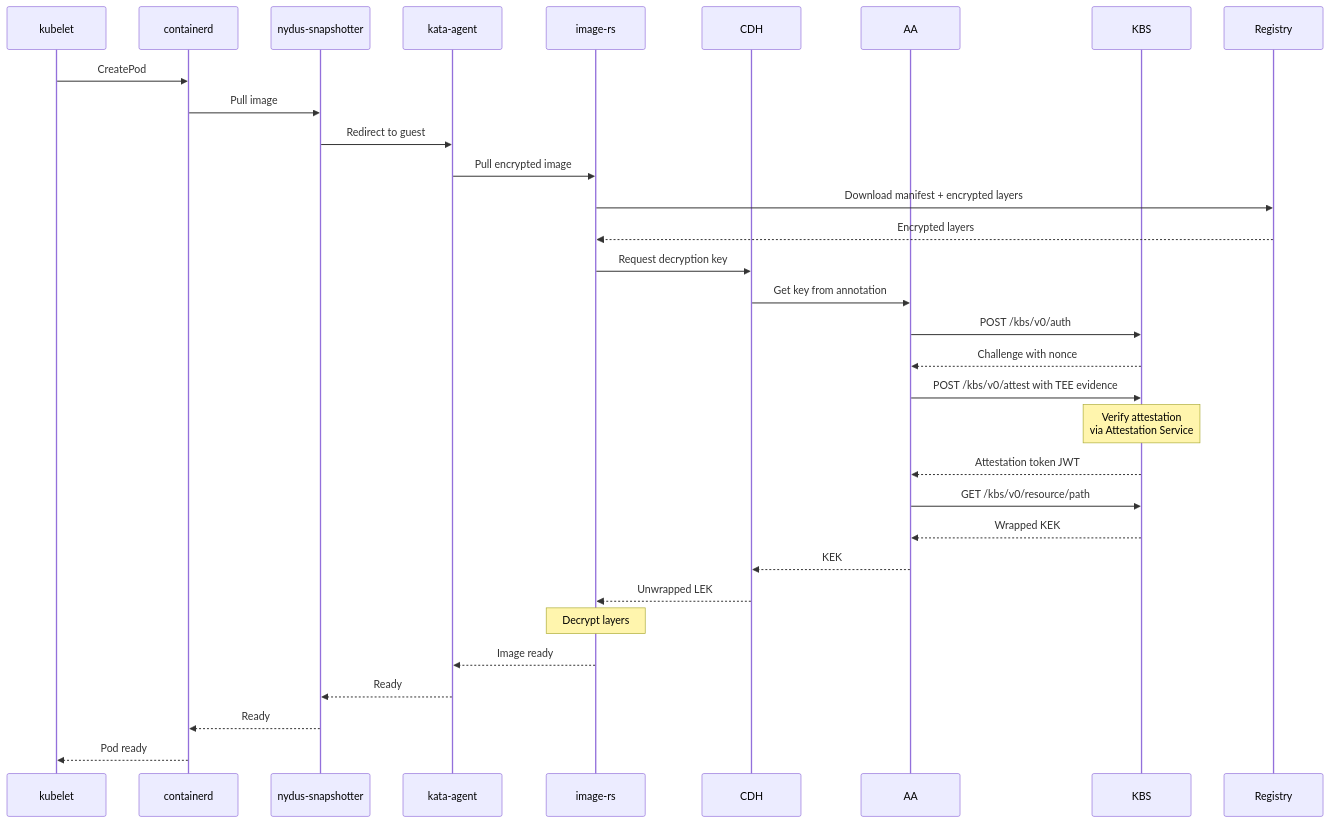
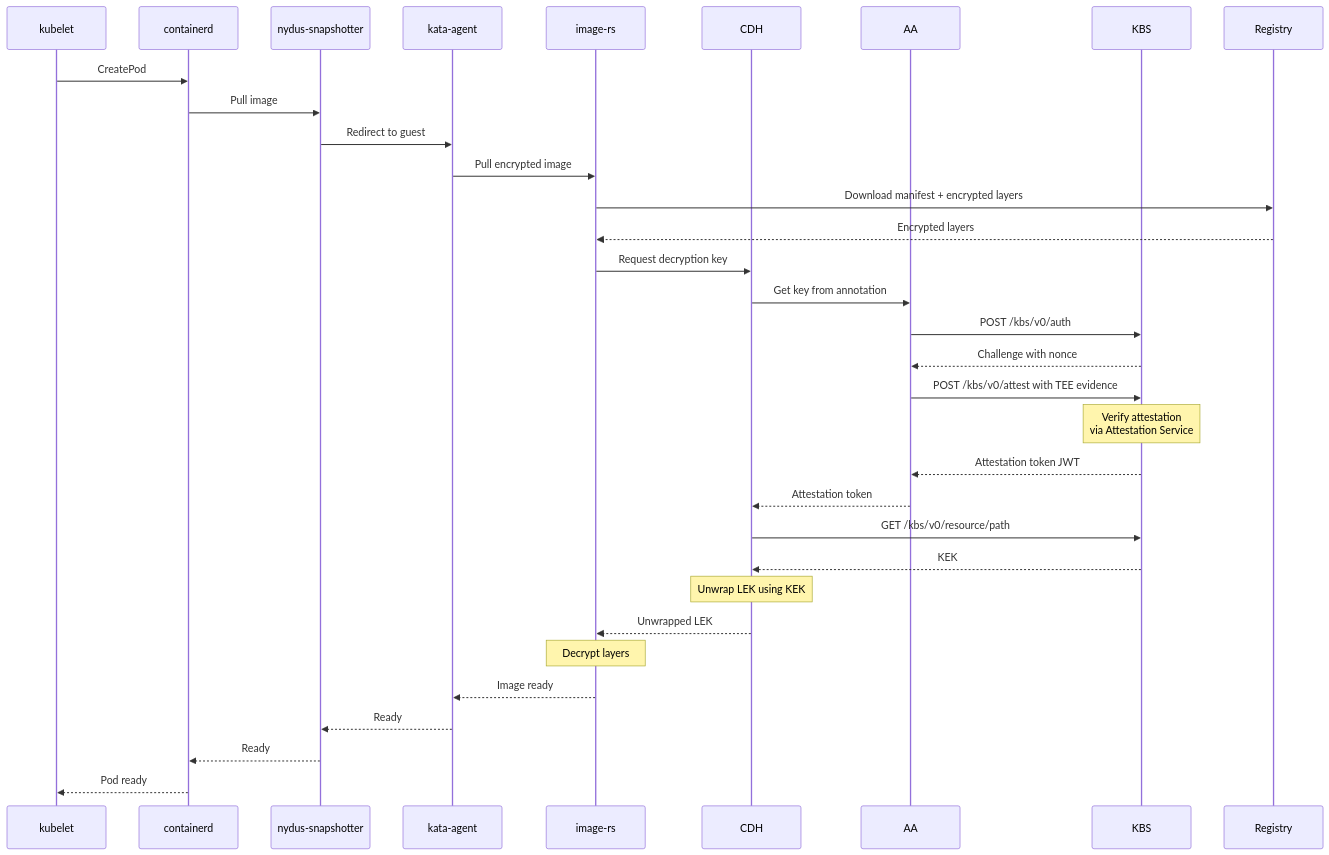
One commit to scontain/encrypted_container_images changed the sixth of 13 diagrams in PROPOSAL.md. Above: the diagram before and after it, drawn with Mermaid. The commit also changed other lines of this file and 1 other file, not shown here.

````diff
--- a/PROPOSAL.md
+++ b/PROPOSAL.md
@@ -281,43 +287,46 @@
 ```mermaid
 sequenceDiagram
     participant K as kubelet
     participant C as containerd
     participant NS as nydus-snapshotter
     participant KA as kata-agent
     participant IR as image-rs
     participant CDH as CDH
     participant AA as AA
     participant KBS as KBS
     participant R as Registry
 
     K->>C: CreatePod
     C->>NS: Pull image
     NS->>KA: Redirect to guest
 
     KA->>IR: Pull encrypted image
     IR->>R: Download manifest + encrypted layers
     R-->>IR: Encrypted layers
 
     IR->>CDH: Request decryption key
     CDH->>AA: Get key from annotation
 
     AA->>KBS: POST /kbs/v0/auth
     KBS-->>AA: Challenge with nonce
     AA->>KBS: POST /kbs/v0/attest with TEE evidence
 
     Note over KBS: Verify attestation<br/>via Attestation Service
 
     KBS-->>AA: Attestation token JWT
-    AA->>KBS: GET /kbs/v0/resource/path
-    KBS-->>AA: Wrapped KEK
+    AA-->>CDH: Attestation token
 
-    AA-->>CDH: KEK
+    CDH->>KBS: GET /kbs/v0/resource/path
+    KBS-->>CDH: KEK
+
+    Note over CDH: Unwrap LEK using KEK
+
     CDH-->>IR: Unwrapped LEK
 
     Note over IR: Decrypt layers
 
     IR-->>KA: Image ready
     KA-->>NS: Ready
     NS-->>C: Ready
     C-->>K: Pod ready
 ```
````
